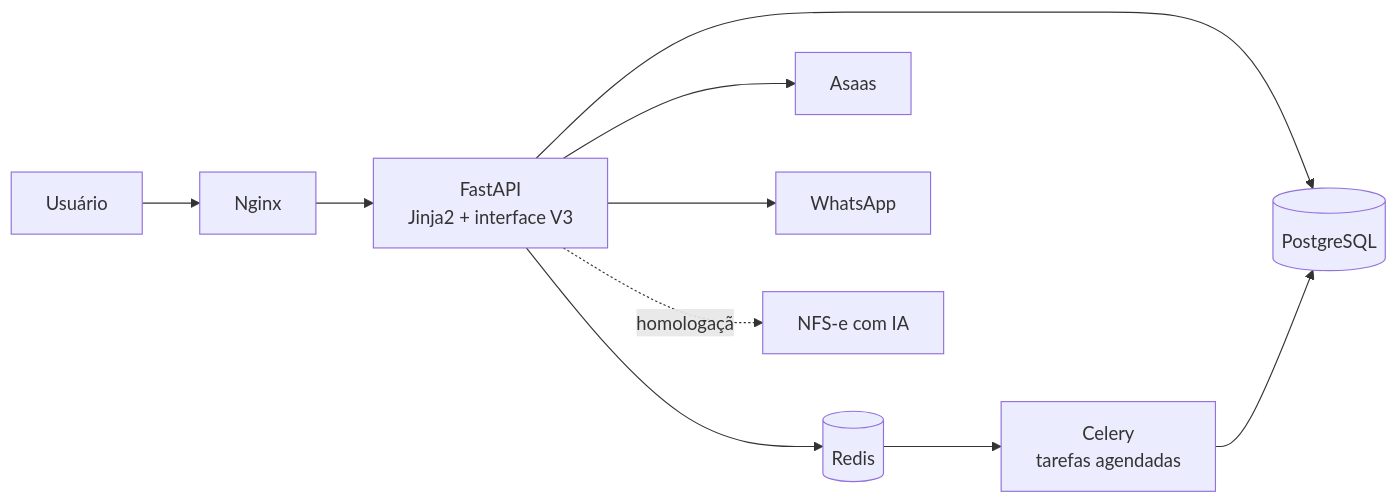
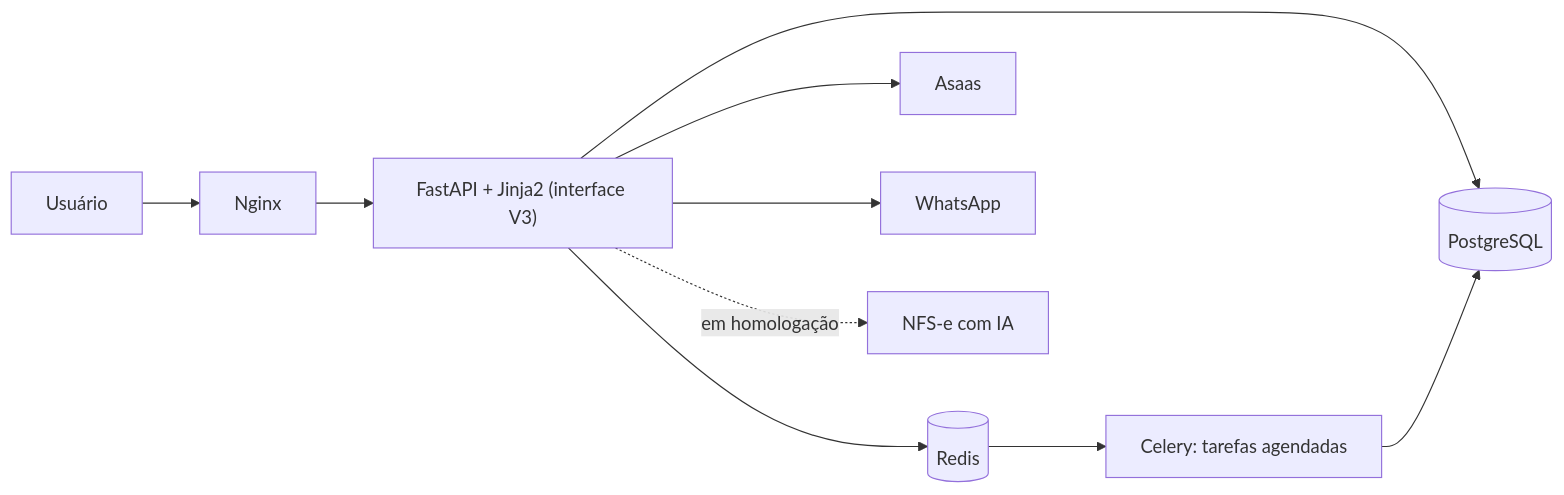
The diagram in README.md (ibpds/modus-showcase), drawn with Mermaid before and after one commit.

Commit message:
fix(readme): corrige a sintaxe do diagrama Mermaid
O rótulo da aresta pontilhada (-.homologação.->) era ambíguo no parser do Mermaid: o 'o' final era confundido com a seta e o rótulo saía truncado. Passa a usar rótulos entre aspas e a sintaxe -.->|"..."|, sem <br/>. Mesma arquitetura e mesmos estados de produção e homologação.

````diff
--- a/README.md
+++ b/README.md
@@ -69,12 +69,12 @@
 ```mermaid
 flowchart LR
-    U[Usuário] --> N[Nginx]
-    N --> F[FastAPI<br/>Jinja2 + interface V3]
-    F --> P[(PostgreSQL)]
-    F --> R[(Redis)]
-    R --> C[Celery<br/>tarefas agendadas]
+    U["Usuário"] --> N["Nginx"]
+    N --> F["FastAPI + Jinja2 (interface V3)"]
+    F --> P[("PostgreSQL")]
+    F --> R[("Redis")]
+    R --> C["Celery: tarefas agendadas"]
     C --> P
-    F --> A[Asaas]
-    F --> W[WhatsApp]
-    F -.homologação.-> I[NFS-e com IA]
+    F --> A["Asaas"]
+    F --> W["WhatsApp"]
+    F -.->|"em homologação"| I["NFS-e com IA"]
 ```
````
